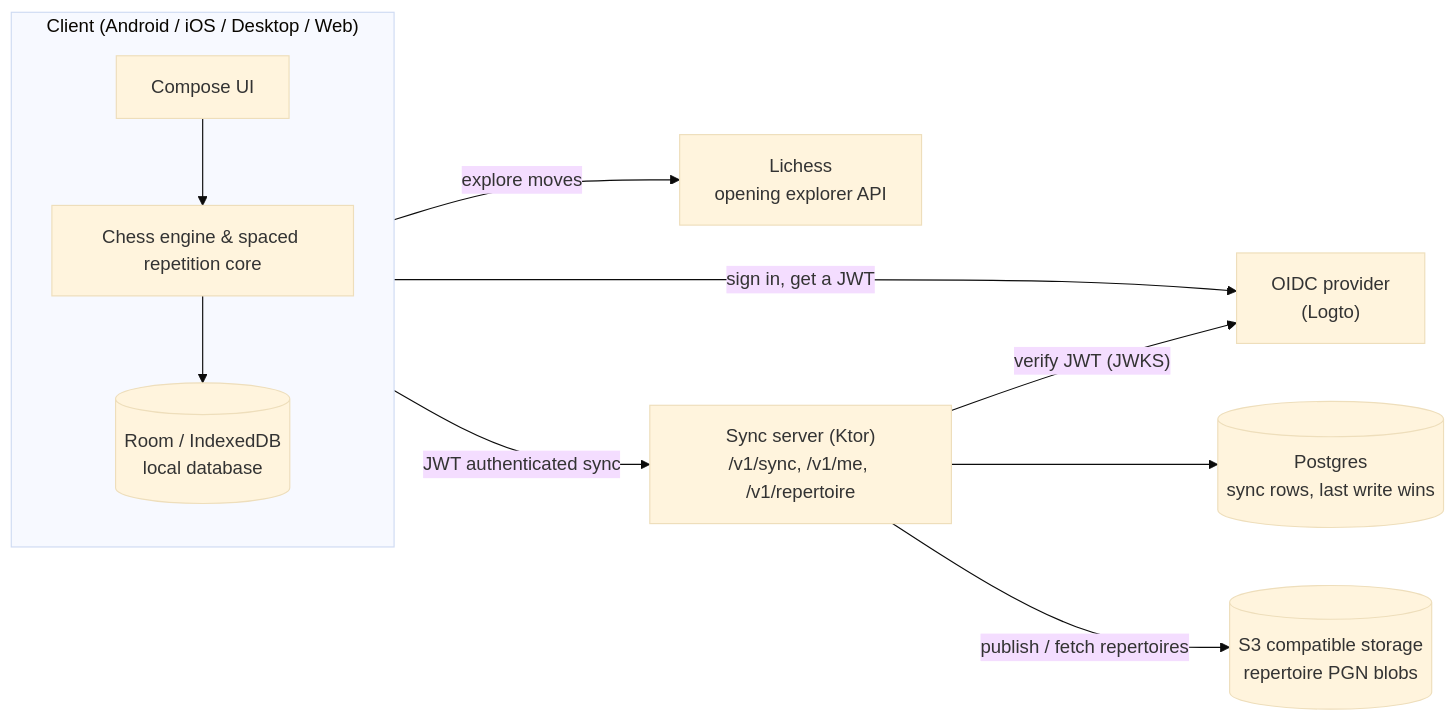
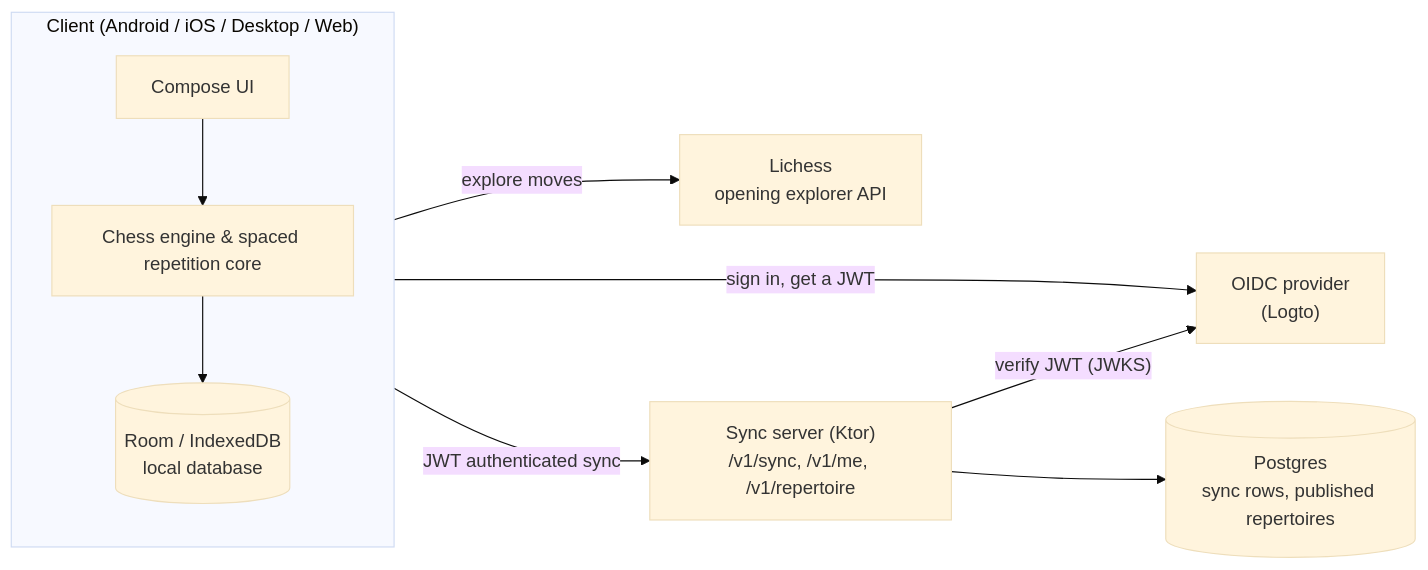
One commit to Axl-Lvy/MemorChess changed the diagram in README.md. Above: the diagram before and after it, drawn with Mermaid (base theme). The commit also changed other lines of this file and 63 other files, not shown here.

Commit message:
feat(repertoire): publish repertoires as normalized moves in Postgres and drop R2 (#413)

````diff
--- a/README.md
+++ b/README.md
@@ -58,22 +58,20 @@
 ```mermaid
 flowchart LR
     subgraph Client["Client (Android / iOS / Desktop / Web)"]
         UI["Compose UI"]
         Engine["Chess engine & spaced repetition core"]
         LocalDB[("Room / IndexedDB\nlocal database")]
         UI --> Engine --> LocalDB
     end
 
     Lichess["Lichess\nopening explorer API"]
     Oidc["OIDC provider\n(Logto)"]
     Server["Sync server (Ktor)\n/v1/sync, /v1/me, /v1/repertoire"]
-    Postgres[("Postgres\nsync rows, last write wins")]
-    R2[("S3 compatible storage\nrepertoire PGN blobs")]
+    Postgres[("Postgres\nsync rows, published repertoires")]
 
     Client -- "explore moves" --> Lichess
     Client -- "sign in, get a JWT" --> Oidc
     Client -- "JWT authenticated sync" --> Server
     Server -- "verify JWT (JWKS)" --> Oidc
     Server --> Postgres
-    Server -- "publish / fetch repertoires" --> R2
 ```
````
